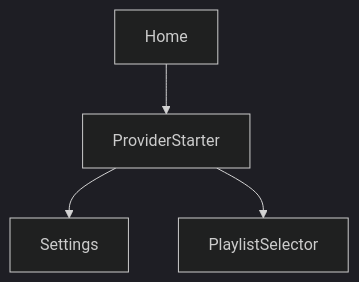
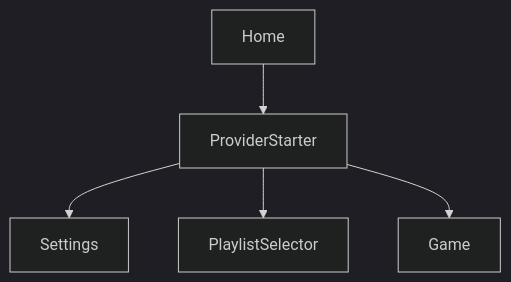
Before and after one commit to Hernandva/Playlister: the diagram in Playlister/FEATURES.md, drawn with Mermaid (dark theme). The commit also changed other lines of this file and 8 other files, not shown here.

````diff
--- a/Playlister/FEATURES.md
+++ b/Playlister/FEATURES.md
@@ -163,7 +164,8 @@
 ```mermaid
 graph TD
     Home
     Home --> ProviderStarter
     ProviderStarter --> Settings
     ProviderStarter --> PlaylistSelector
+    ProviderStarter --> Game
 ```
````
